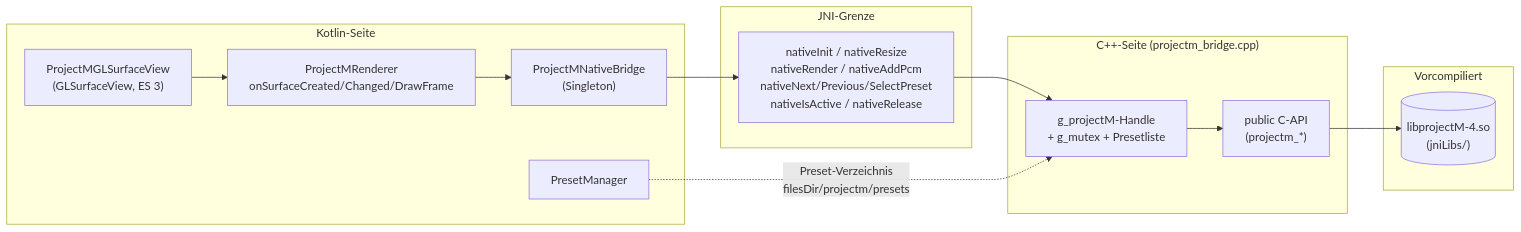
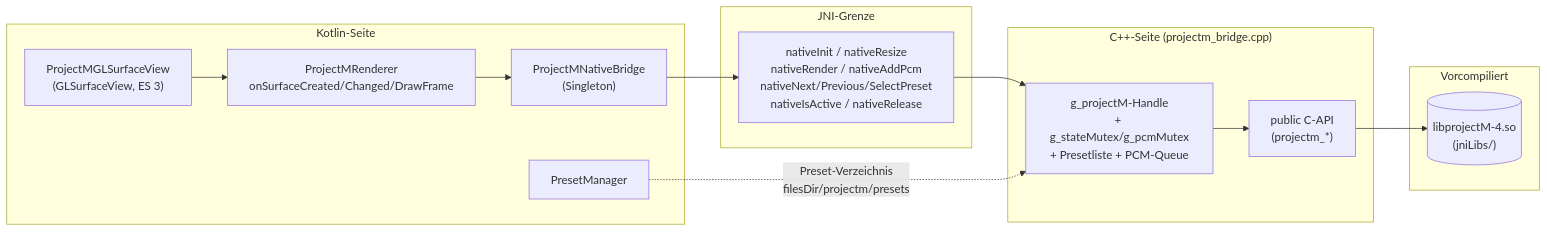
The diagram in Muzzic/visualization/docs/05-projectm-nativ.md (codezifer/work), drawn with Mermaid before and after one commit. The commit also changed other lines of this file and 25 other files, not shown here.

````diff
--- a/Muzzic/visualization/docs/05-projectm-nativ.md
+++ b/Muzzic/visualization/docs/05-projectm-nativ.md
@@ -7,21 +7,21 @@
 ```mermaid
 flowchart LR
     subgraph Kotlin["Kotlin-Seite"]
         GLSV["ProjectMGLSurfaceView\n(GLSurfaceView, ES 3)"]
         R["ProjectMRenderer\nonSurfaceCreated/Changed/DrawFrame"]
         BR["ProjectMNativeBridge\n(Singleton)"]
         PMgr["PresetManager"]
     end
     subgraph JNI["JNI-Grenze"]
         J1["nativeInit / nativeResize\nnativeRender / nativeAddPcm\nnativeNext/Previous/SelectPreset\nnativeIsActive / nativeRelease"]
     end
     subgraph Native["C++-Seite (projectm_bridge.cpp)"]
-        G["g_projectM-Handle\n+ g_mutex + Presetliste"]
+        G["g_projectM-Handle\n+ g_stateMutex/g_pcmMutex\n+ Presetliste + PCM-Queue"]
         CAPI["public C-API\n(projectm_*)"]
     end
     subgraph Lib["Vorcompiliert"]
         SO[("libprojectM-4.so\n(jniLibs/<ABI>)")]
     end
     GLSV --> R --> BR --> J1 --> G --> CAPI --> SO
     PMgr -.->|"Preset-Verzeichnis\nfilesDir/projectm/presets"| G
 ```
````
